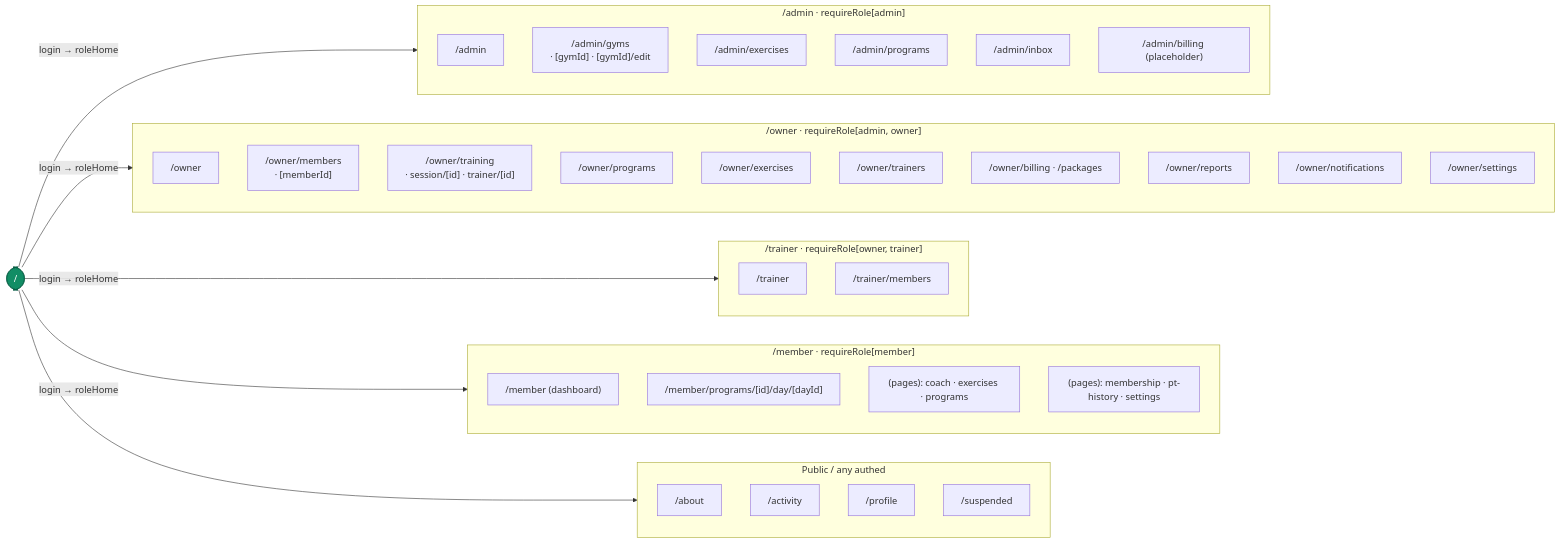
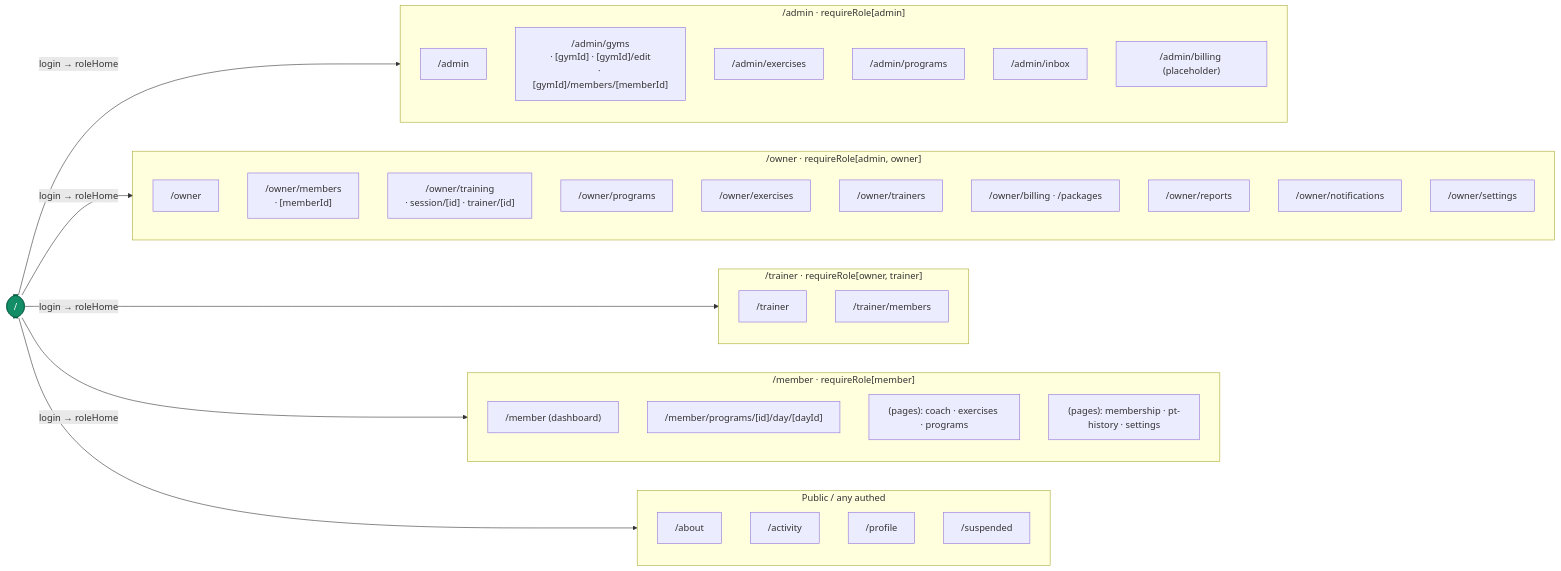
One commit to mehulchirania/FitSplit changed the diagram in docs/09_SCREEN_CATALOG.md. Above: the diagram before and after it, drawn with Mermaid. The commit also changed other lines of this file and 11 other files, not shown here.

Commit message:
feat: implement admin member management features including server actions, database rules, and UI components

````diff
--- a/docs/09_SCREEN_CATALOG.md
+++ b/docs/09_SCREEN_CATALOG.md
@@ -14,55 +14,55 @@
 ```mermaid
 flowchart LR
   ROOT([" / "]):::pub
 
   subgraph PUB[Public / any authed]
     direction TB
     ABOUT["/about"]
     ACT["/activity"]
     PROF["/profile"]
     SUSP["/suspended"]
   end
 
   subgraph ADMIN["/admin · requireRole[admin]"]
     direction TB
     A0["/admin"]
-    A1["/admin/gyms<br/>· [gymId] · [gymId]/edit"]
+    A1["/admin/gyms<br/>· [gymId] · [gymId]/edit<br/>· [gymId]/members/[memberId]"]
     A2["/admin/exercises"]
     A3["/admin/programs"]
     A4["/admin/inbox"]
     A5["/admin/billing (placeholder)"]
   end
 
   subgraph OWNER["/owner · requireRole[admin, owner]"]
     direction TB
     O0["/owner"]
     O1["/owner/members<br/>· [memberId]"]
     O2["/owner/training<br/>· session/[id] · trainer/[id]"]
     O3["/owner/programs"]
     O4["/owner/exercises"]
     O5["/owner/trainers"]
     O6["/owner/billing · /packages"]
     O7["/owner/reports"]
     O8["/owner/notifications"]
     O9["/owner/settings"]
   end
 
   subgraph TRAINER["/trainer · requireRole[owner, trainer]"]
     direction TB
     T0["/trainer"]
     T1["/trainer/members"]
   end
 
   subgraph MEMBER["/member · requireRole[member]"]
     direction TB
     M0["/member (dashboard)"]
     M1["/member/programs/[id]/day/[dayId]"]
     M2["(pages): coach · exercises · programs"]
     M3["(pages): membership · pt-history · settings"]
   end
 
   ROOT -->|login → roleHome| ADMIN & OWNER & TRAINER & MEMBER
   ROOT --> PUB
 
   classDef pub fill:#128d65,stroke:#0c5f46,color:#fff;
 ```
````
